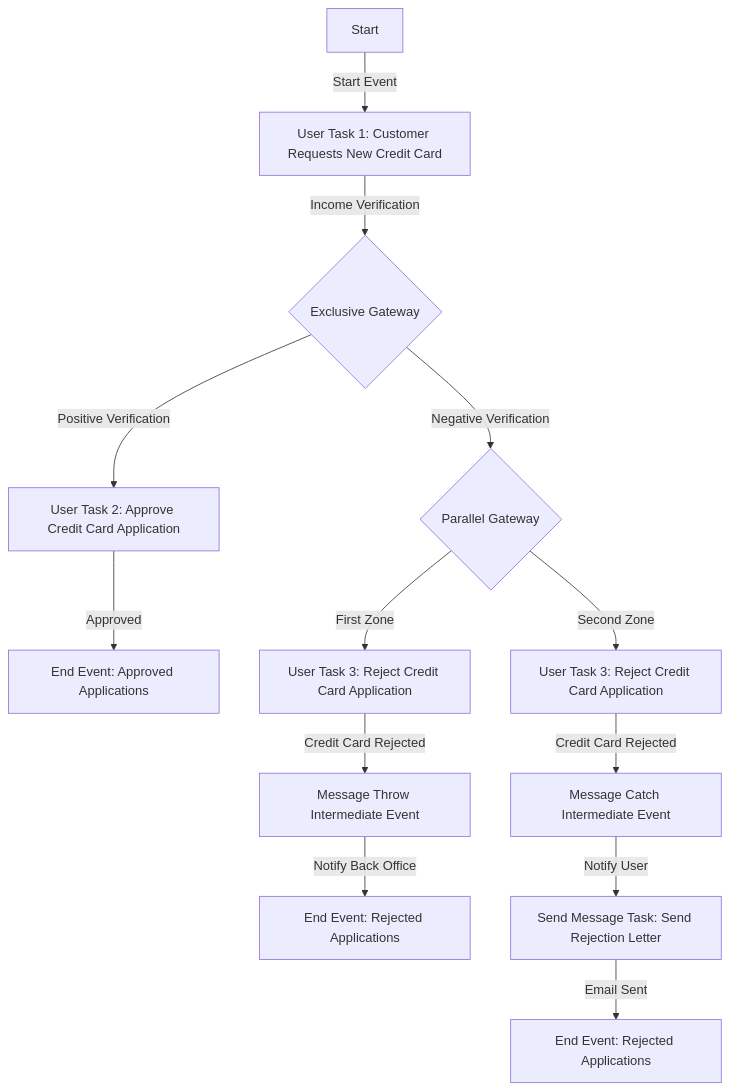
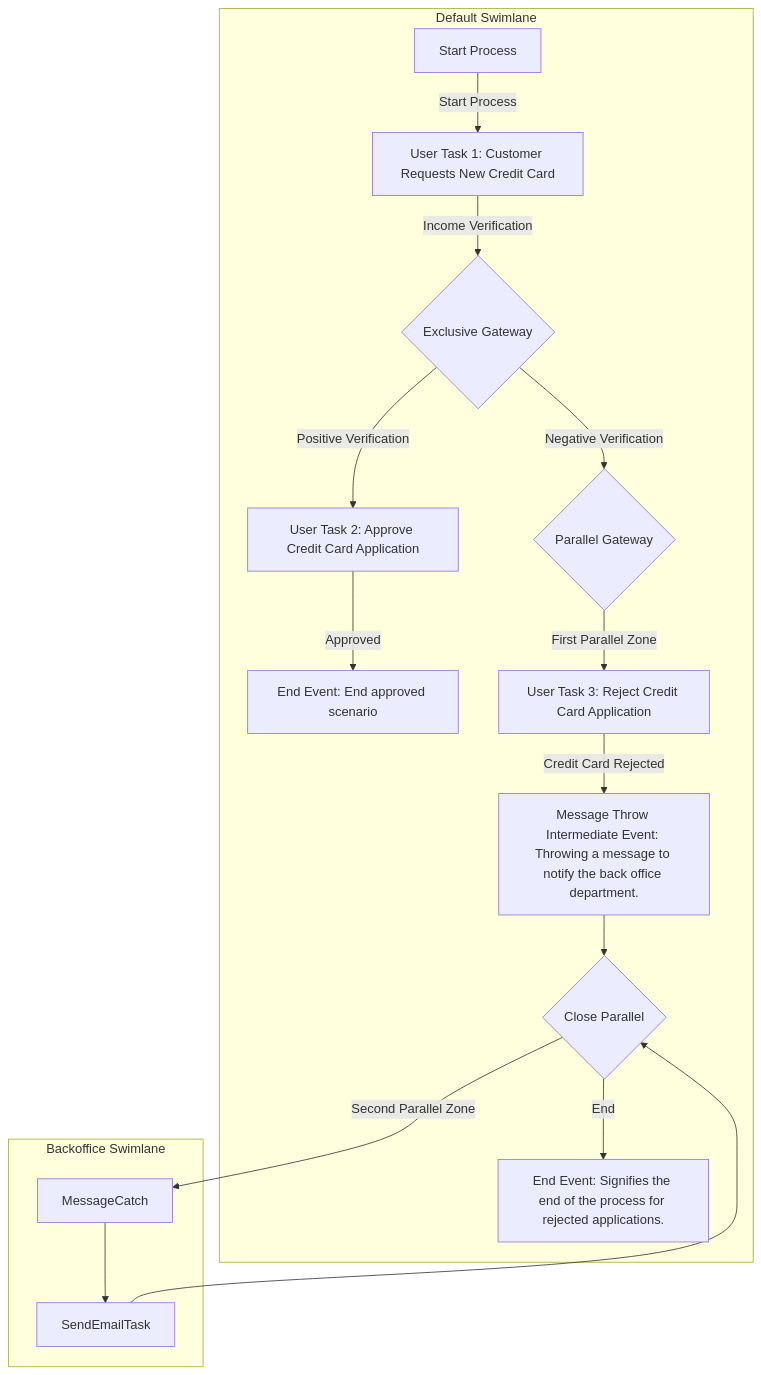
One commit to flowx-ai/docs-flowx changed the first of 2 diagrams in docs/building-blocks/node/message-events/message-intermediate/example-intermediate-message-events.md. Above: the diagram before and after it, drawn with Mermaid. The commit also changed other lines of this file and 1 other file, not shown here.

Commit message:
new scenario

````diff
--- a/docs/building-blocks/node/message-events/message-intermediate/example-intermediate-message-events.md
+++ b/docs/building-blocks/node/message-events/message-intermediate/example-intermediate-message-events.md
@@ -44,15 +49,34 @@
 ```mermaid
 graph TD
-  Start -->|Start Event| UserTask1[User Task 1: Customer Requests New Credit Card]
-  UserTask1 -->|Income Verification| Gateway1{Exclusive Gateway}
-  Gateway1 -->|Positive Verification| UserTask2[User Task 2: Approve Credit Card Application]
-  UserTask2 -->|Approved| endA[End Event: Approved Applications]
-  Gateway1 -->|Negative Verification| ParallelGateway{Parallel Gateway}
-  ParallelGateway -->|First Zone| UserTask3A[User Task 3: Reject Credit Card Application]
-  UserTask3A -->|Credit Card Rejected| MessageThrow[Message Throw Intermediate Event]
-  MessageThrow -->|Notify Back Office| endB[End Event: Rejected Applications]
-  ParallelGateway -->|Second Zone| UserTask3B[User Task 3: Reject Credit Card Application]
-  UserTask3B -->|Credit Card Rejected| MessageCatch[Message Catch Intermediate Event]
-  MessageCatch -->|Notify User| SendEmailTask[Send Message Task: Send Rejection Letter]
-  SendEmailTask -->|Email Sent| endC[End Event: Rejected Applications]
+
+  subgraph Default Swimlane
+    StartEvent[Start Process]
+    UserTask1[User Task 1: Customer Requests New Credit Card]
+    Gateway1{Exclusive Gateway}
+    UserTask2[User Task 2: Approve Credit Card Application]
+    endA[End Event: End approved scenario]
+    ParallelGateway{Parallel Gateway}
+    UserTask3A[User Task 3: Reject Credit Card Application]
+    MessageThrow[Message Throw Intermediate Event: Throwing a message to notify the back office department.]
+    Gateway2{Close Parallel}
+    endC[End Event: Signifies the end of the process for rejected applications.]
+  end
+
+  subgraph Backoffice Swimlane
+    MessageCatch
+    SendEmailTask
+  end
+
+  StartEvent -->|Start Process| UserTask1
+  UserTask1 -->|Income Verification| Gateway1
+  Gateway1 -->|Positive Verification| UserTask2
+  UserTask2 -->|Approved| endA
+  Gateway1 -->|Negative Verification| ParallelGateway
+  ParallelGateway -->|First Parallel Zone| UserTask3A
+  UserTask3A -->|Credit Card Rejected| MessageThrow
+  MessageThrow --> Gateway2 -->|Second Parallel Zone| MessageCatch
+  MessageCatch --> SendEmailTask
+  SendEmailTask --> Gateway2
+  Gateway2 -->|End| endC
+
 ```
````
